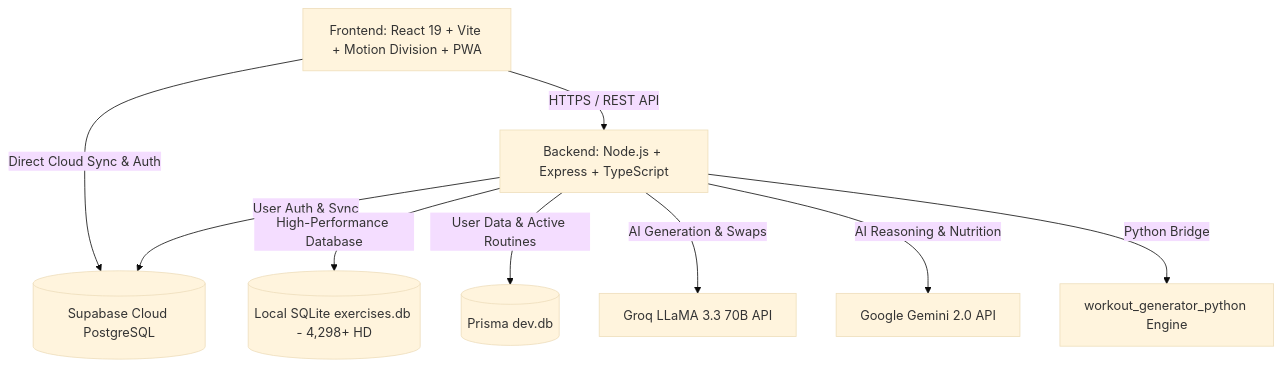
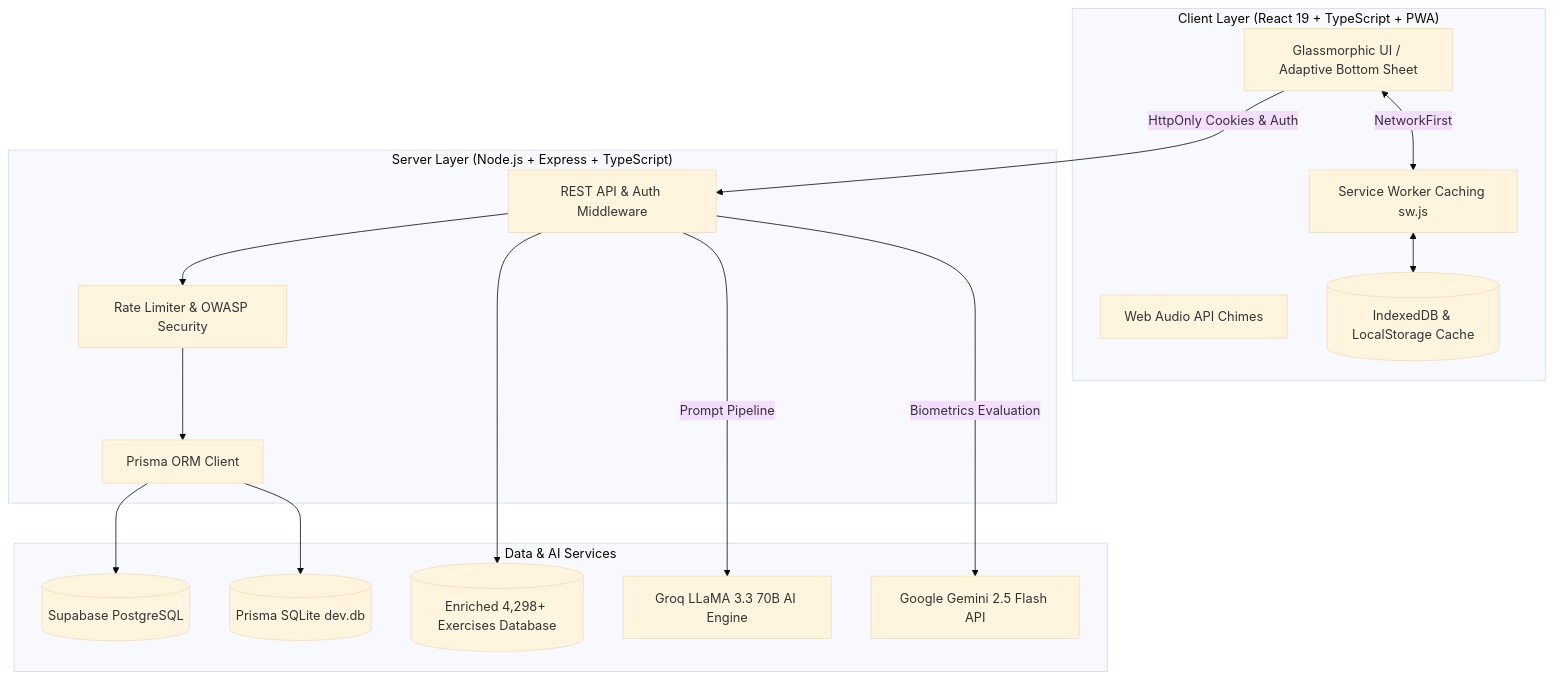
The diagram in README.md (Mak241288/New-Beast-Mode), drawn with Mermaid (base theme) before and after one commit. The commit also changed other lines of this file and 5 other files, not shown here.

Commit message:
feat: enhance AI coach biometrics, add PWA install engine, and upgrade master README showcase

````diff
--- a/README.md
+++ b/README.md
@@ -93,11 +96,34 @@
 ```mermaid
 graph TD
-    A[Frontend: React 19 + Vite + Motion Division + PWA] -->|HTTPS / REST API| B[Backend: Node.js + Express + TypeScript]
-    A -->|Direct Cloud Sync & Auth| C[(Supabase Cloud PostgreSQL)]
-    B -->|User Auth & Sync| C
-    B -->|High-Performance Database| D[(Local SQLite exercises.db - 4,298+ HD)]
-    B -->|User Data & Active Routines| E[(Prisma dev.db)]
-    B -->|AI Generation & Swaps| F[Groq LLaMA 3.3 70B API]
-    B -->|AI Reasoning & Nutrition| G[Google Gemini 2.0 API]
-    B -->|Python Bridge| H[workout_generator_python Engine]
+    subgraph Client ["Client Layer (React 19 + TypeScript + PWA)"]
+        UI[Glassmorphic UI / Adaptive Bottom Sheet]
+        SW[Service Worker Caching sw.js]
+        Audio[Web Audio API Chimes]
+        IDB[(IndexedDB & LocalStorage Cache)]
+    end
+
+    subgraph Backend ["Server Layer (Node.js + Express + TypeScript)"]
+        API[REST API & Auth Middleware]
+        Limiter[Rate Limiter & OWASP Security]
+        PrismaORM[Prisma ORM Client]
+    end
+
+    subgraph Data ["Data & AI Services"]
+        PG[(Supabase PostgreSQL)]
+        DevDB[(Prisma SQLite dev.db)]
+        ExDB[(Enriched 4,298+ Exercises Database)]
+        Groq[Groq LLaMA 3.3 70B AI Engine]
+        Gemini[Google Gemini 2.5 Flash API]
+    end
+
+    UI <-->|NetworkFirst| SW
+    SW <--> IDB
+    UI -->|HttpOnly Cookies & Auth| API
+    API --> Limiter
+    Limiter --> PrismaORM
+    PrismaORM --> PG
+    PrismaORM --> DevDB
+    API --> ExDB
+    API -->|Prompt Pipeline| Groq
+    API -->|Biometrics Evaluation| Gemini
 ```
````
